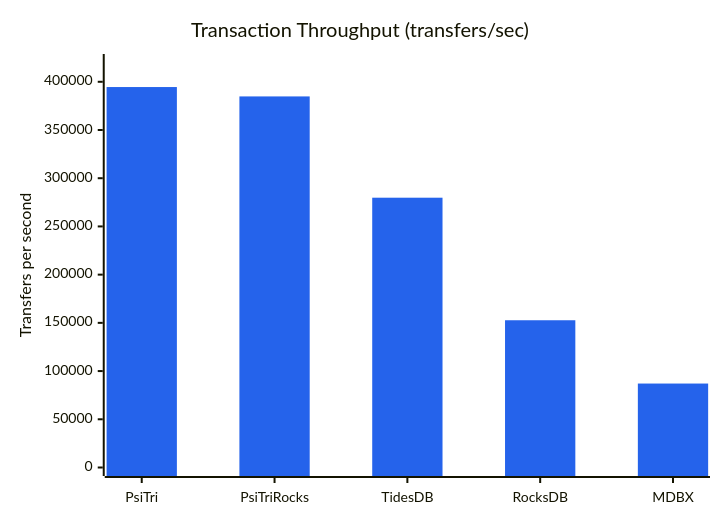
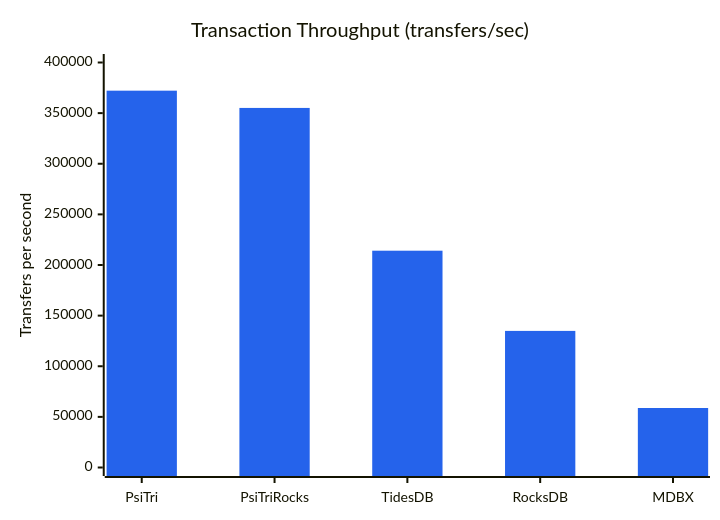
One commit to gofractally/arbtrie changed the first of 5 diagrams in programs/BANK_BENCHMARK.md. Above: the diagram before and after it, drawn with Mermaid. The commit also changed other lines of this file and 2 other files, not shown here.

````diff
--- a/programs/BANK_BENCHMARK.md
+++ b/programs/BANK_BENCHMARK.md
@@ -33,8 +45,8 @@
 ```mermaid
 %%{init: {'theme': 'base', 'themeVariables': {'xyChart': {'plotColorPalette': '#2563EB'}}}}%%
 xychart-beta
     title "Transaction Throughput (transfers/sec)"
     x-axis ["PsiTri", "PsiTriRocks", "TidesDB", "RocksDB", "MDBX"]
-    y-axis "Transfers per second" 0 --> 420000
-    bar [394545, 384822, 279791, 152704, 87061]
+    y-axis "Transfers per second" 0 --> 400000
+    bar [372175, 355126, 214125, 134911, 58756]
 ```
````
